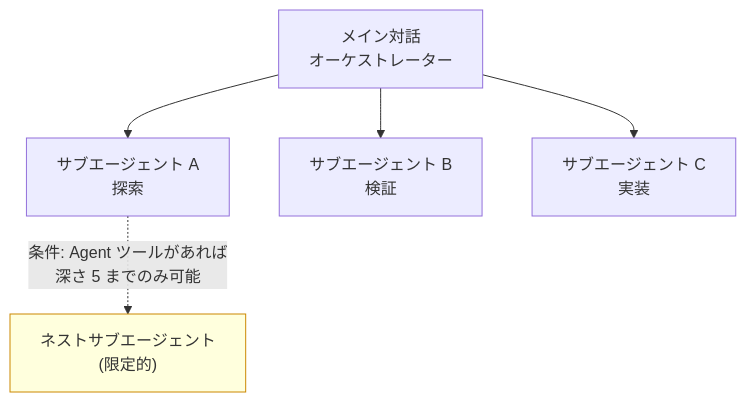
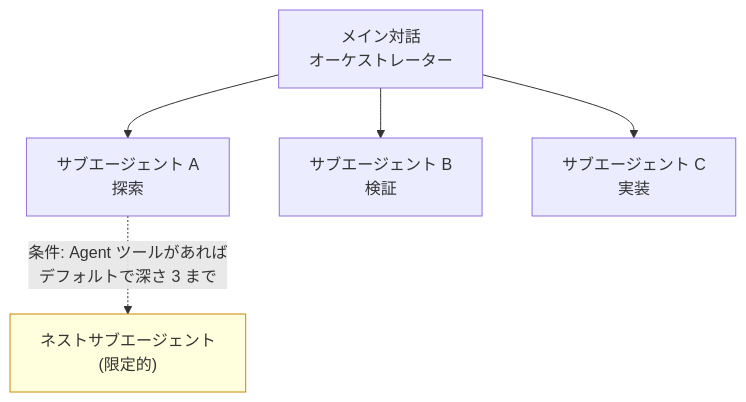
Before and after one commit to modu-ai/moai-adk: the diagram in docs-site/content/ja/claude-code/agentic/sub-agents.md, drawn with Mermaid. The commit also changed other lines of this file and 3 other files, not shown here.

````diff
--- a/docs-site/content/ja/claude-code/agentic/sub-agents.md
+++ b/docs-site/content/ja/claude-code/agentic/sub-agents.md
@@ -65,8 +65,8 @@
 ```mermaid
 flowchart TD
     M[メイン対話<br/>オーケストレーター] --> A[サブエージェント A<br/>探索]
     M --> B[サブエージェント B<br/>検証]
     M --> C[サブエージェント C<br/>実装]
-    A -.->|条件: Agent ツールがあれば<br/>深さ 5 までのみ可能| X["ネストサブエージェント<br/>(限定的)"]
+    A -.->|条件: Agent ツールがあれば<br/>デフォルトで深さ 3 まで| X["ネストサブエージェント<br/>(限定的)"]
     style X fill:#ffd,stroke:#c80
 ```
````
